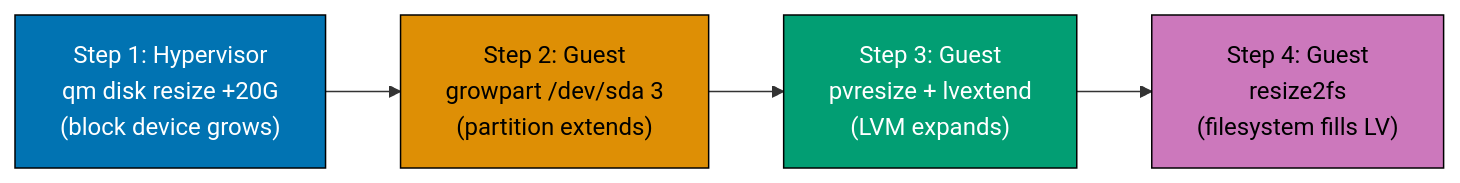
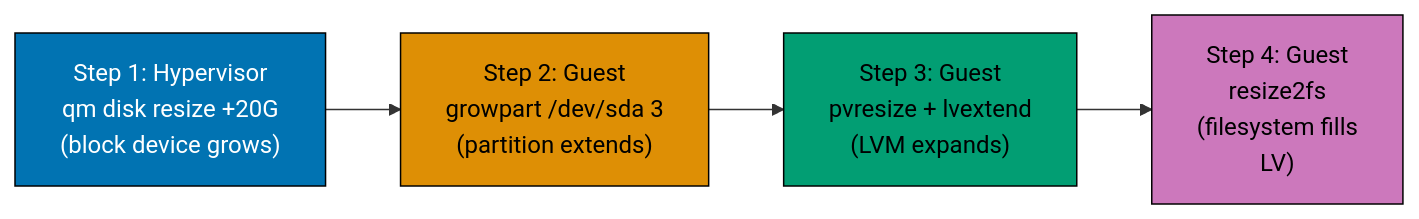
Before and after one commit to wahidyankf/ose-public: the fourth of 9 diagrams in apps/ayokoding-www/content/en/learn/legacy/software-engineering/infrastructure/tools/proxmox/by-example/beginner.md, drawn with Mermaid. The commit also changed other lines of this file and 131 other files, not shown here.

First line of the commit message:
fix(mermaid): bring the legacy data, infrastructure, and testing diagrams onto the accessible palette

````diff
--- a/apps/ayokoding-www/content/en/learn/legacy/software-engineering/infrastructure/tools/proxmox/by-example/beginner.md
+++ b/apps/ayokoding-www/content/en/learn/legacy/software-engineering/infrastructure/tools/proxmox/by-example/beginner.md
@@ -497,12 +515,19 @@
 ```mermaid
 %% Color Palette: Blue #0173B2, Orange #DE8F05, Teal #029E73, Purple #CC78BC, Brown #CA9161
 graph LR
+    accTitle: Example 12: Resize a VM Disk
+    accDescr: Graph with 4 nodes and 3 connections. Nodes: Step 1: Hypervisor qm disk resize +20G (block device grows), Step 2: Guest growpart /dev/sda 3 (partition extends), Step 3: Guest pvresize + lvextend (LVM expands), Step 4: Guest resize2fs (filesystem fills LV). Connections: Step 1: Hypervisor qm disk resize +20G (block device grows) to Step 2: Guest growpart /dev/sda 3 (partition extends), Step 2: Guest growpart /dev/sda 3 (partition extends) to Step 3: Guest pvresize + lvextend (LVM expands), Step 3: Guest pvresize + lvextend (LVM expands) to Step 4: Guest resize2fs (filesystem fills LV).
     A["Step 1: Hypervisor<br/>qm disk resize +20G<br/>(block device grows)"] --> B["Step 2: Guest<br/>growpart /dev/sda 3<br/>(partition extends)"]
     B --> C["Step 3: Guest<br/>pvresize + lvextend<br/>(LVM expands)"]
-    C --> D["Step 4: Guest<br/>resize2fs<br/>(filesystem fills LV)"]
+    C --> D["Step 4: Guest<br/>resize2fs<br/>(filesystem fills<br/>LV)"]
 
-    style A fill:#0173B2,color:#fff,stroke:#000
-    style B fill:#DE8F05,color:#000,stroke:#000
-    style C fill:#029E73,color:#fff,stroke:#000
-    style D fill:#CC78BC,color:#000,stroke:#000
+    classDef pal-0173B2 fill:#0173B2,stroke:#000000,color:#FFFFFF
+    class A pal-0173B2
+    classDef pal-DE8F05 fill:#DE8F05,stroke:#000000,color:#000000
+    class B pal-DE8F05
+    classDef pal-029E73 fill:#029E73,stroke:#000000,color:#000000
+    class C pal-029E73
+    classDef pal-CC78BC fill:#CC78BC,stroke:#000000,color:#000000
+    class D pal-CC78BC
+    classDef default fill:#FFFFFF,stroke:#000000,color:#000000
 ```
````
